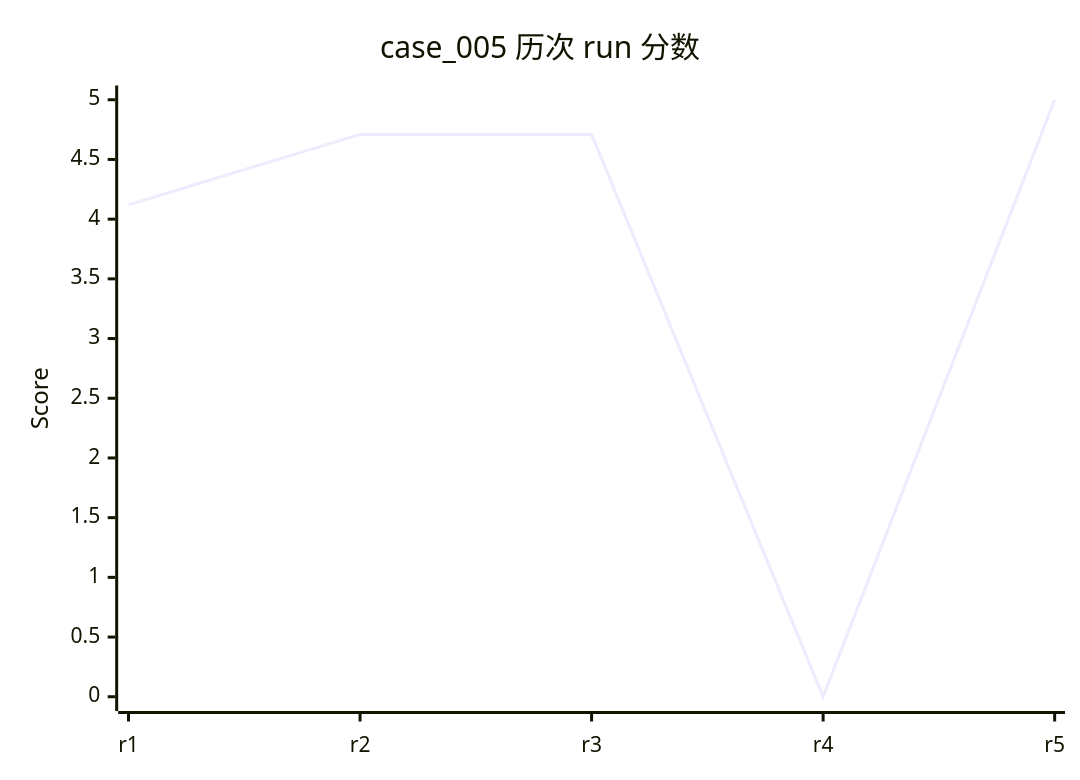
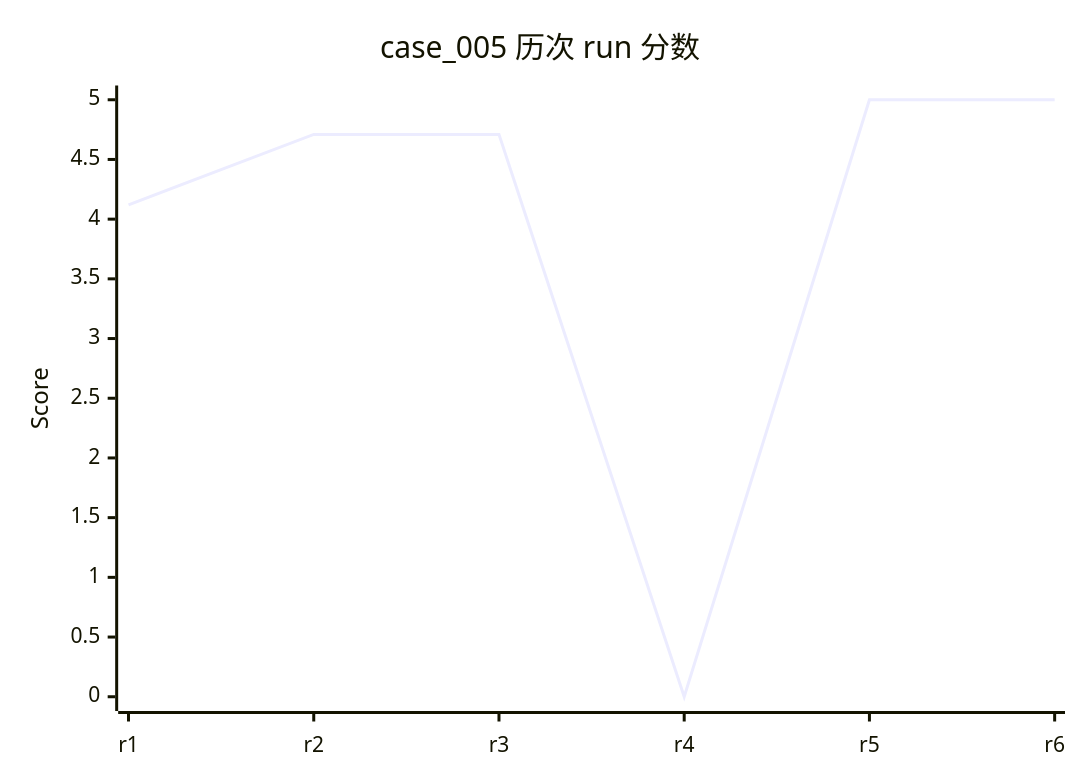
Before and after one commit to rushengzhou/sid-code: diagram 11 of 58 in evals/DASHBOARD.md, drawn with Mermaid. The commit also changed other lines of this file and 108 other files, not shown here.

````diff
--- a/evals/DASHBOARD.md
+++ b/evals/DASHBOARD.md
@@ -299,7 +300,7 @@
 ```mermaid
 xychart-beta
     title "case_005 历次 run 分数"
-    x-axis [r1, r2, r3, r4, r5]
+    x-axis [r1, r2, r3, r4, r5, r6]
     y-axis "Score" 0 --> 5
-    line [4.12, 4.71, 4.71, 0, 5.00]
+    line [4.12, 4.71, 4.71, 0, 5.00, 5.00]
 ```
````
